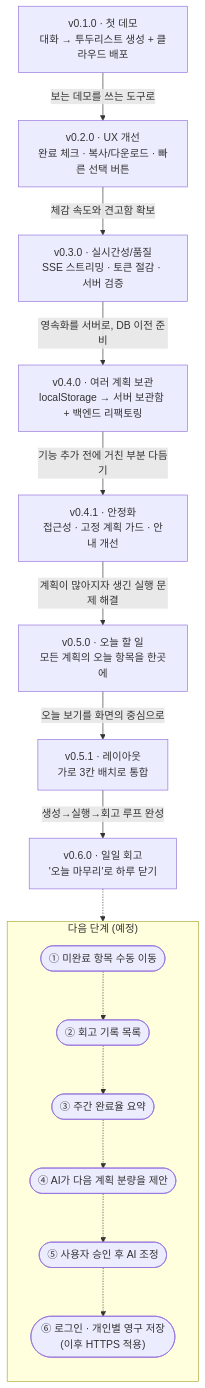
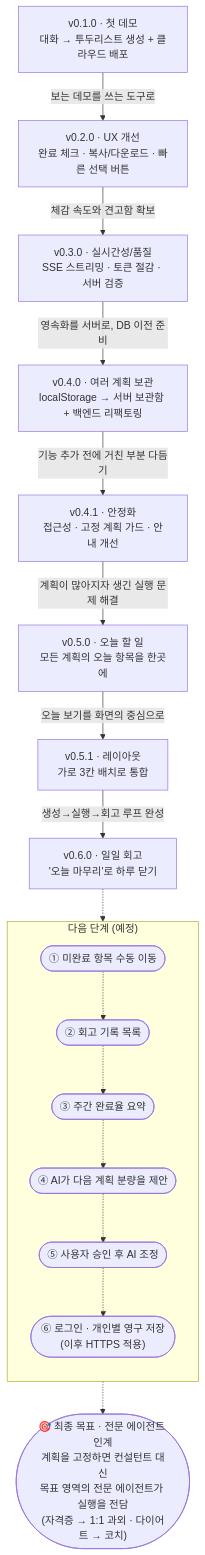
One commit to hello-pebble/DelayNoMore_Release changed the diagram in README.md. Above: the diagram before and after it, drawn with Mermaid. The commit also changed other lines of this file, not shown here.

First line of the commit message:
docs: 발전 과정에 최종 목표(계획 고정 후 전문 에이전트 인계) 추가

````diff
--- a/README.md
+++ b/README.md
@@ -24,32 +24,34 @@
 ```mermaid
 graph TD
     V01["v0.1.0 · 첫 데모<br/>대화 → 투두리스트 생성 + 클라우드 배포"]
     V02["v0.2.0 · UX 개선<br/>완료 체크 · 복사/다운로드 · 빠른 선택 버튼"]
     V03["v0.3.0 · 실시간성/품질<br/>SSE 스트리밍 · 토큰 절감 · 서버 검증"]
     V04["v0.4.0 · 여러 계획 보관<br/>localStorage → 서버 보관함 + 백엔드 리팩토링"]
     V041["v0.4.1 · 안정화<br/>접근성 · 고정 계획 가드 · 안내 개선"]
     V05["v0.5.0 · 오늘 할 일<br/>모든 계획의 오늘 항목을 한곳에"]
     V051["v0.5.1 · 레이아웃<br/>가로 3칸 배치로 통합"]
     V06["v0.6.0 · 일일 회고<br/>'오늘 마무리'로 하루 닫기"]
 
     V01 -->|"보는 데모를 쓰는 도구로"| V02
     V02 -->|"체감 속도와 견고함 확보"| V03
     V03 -->|"영속화를 서버로, DB 이전 준비"| V04
     V04 -->|"기능 추가 전에 거친 부분 다듬기"| V041
     V041 -->|"계획이 많아지자 생긴 실행 문제 해결"| V05
     V05 -->|"오늘 보기를 화면의 중심으로"| V051
     V051 -->|"생성→실행→회고 루프 완성"| V06
 
     subgraph NEXT["다음 단계 (예정)"]
         direction TB
         N1(["① 미완료 항목 수동 이동"])
         N2(["② 회고 기록 목록"])
         N3(["③ 주간 완료율 요약"])
         N4(["④ AI가 다음 계획 분량을 제안"])
         N5(["⑤ 사용자 승인 후 AI 조정"])
         N6(["⑥ 로그인 · 개인별 영구 저장<br/>(이후 HTTPS 적용)"])
         N1 -.-> N2 -.-> N3 -.-> N4 -.-> N5 -.-> N6
     end
 
-    V06 -.-> NEXT
+    FINAL(["🎯 최종 목표 · 전문 에이전트 인계<br/>계획을 고정하면 컨설턴트 대신<br/>목표 영역의 전문 에이전트가 실행을 전담<br/>(자격증 → 1:1 과외 · 다이어트 → 코치)"])
+
+    V06 -.-> NEXT -.-> FINAL
 ```
````
